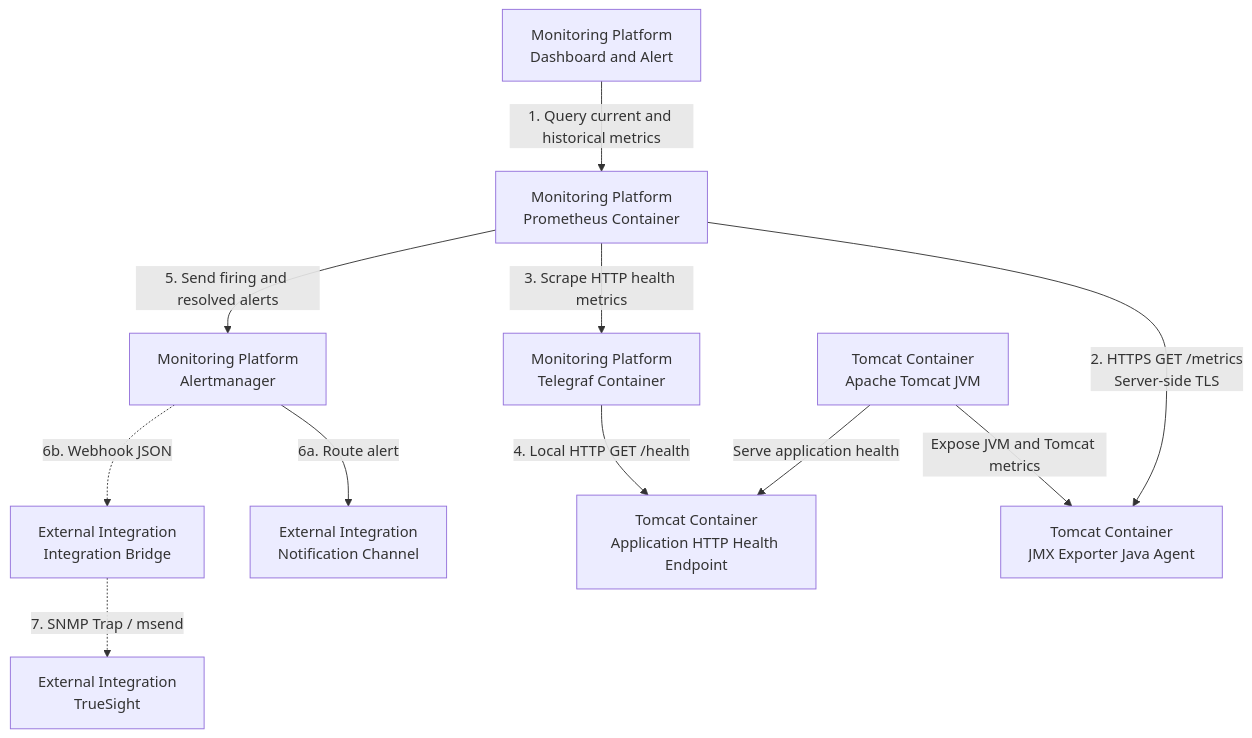
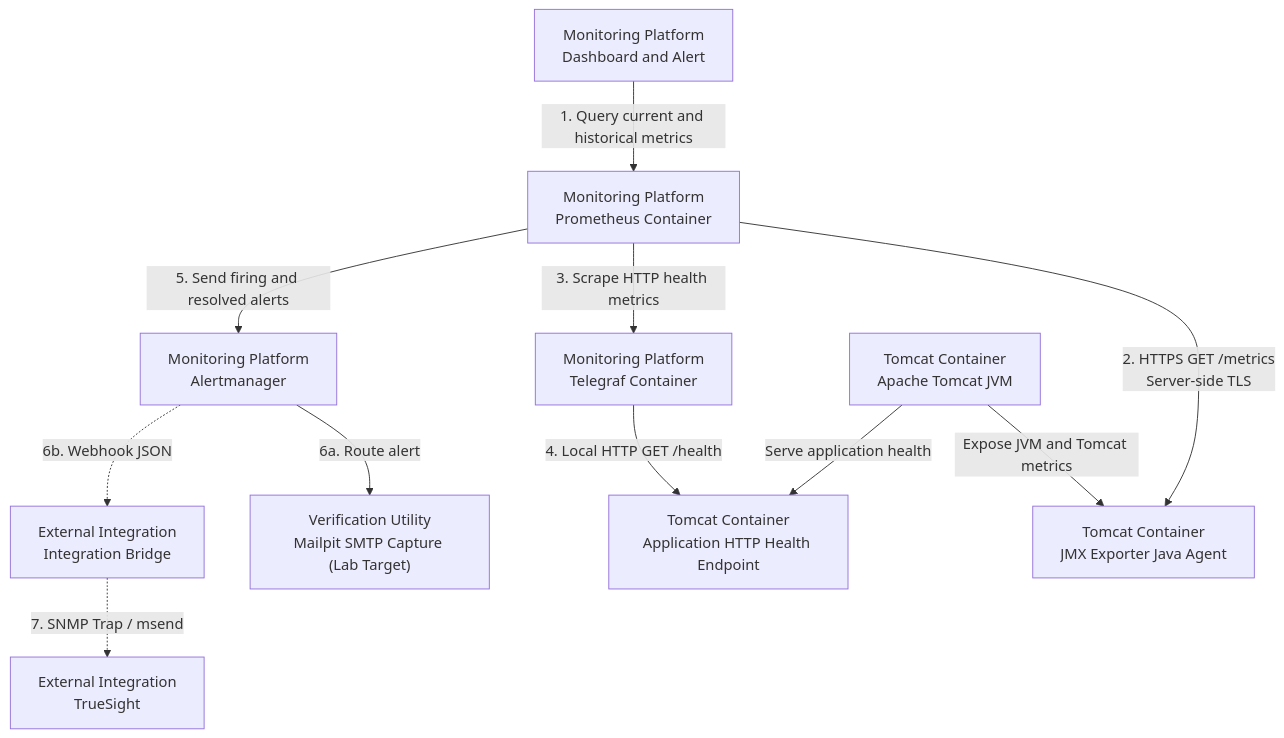
One commit to edkas07-oss/devops-handbook changed the first of 2 diagrams in docs/projects/tomcat-monitoring/architecture/index.md. Above: the diagram before and after it, drawn with Mermaid. The commit also changed other lines of this file and 10 other files, not shown here.

Commit message:
docs(tomcat-monitoring): record notification verification

````diff
--- a/docs/projects/tomcat-monitoring/architecture/index.md
+++ b/docs/projects/tomcat-monitoring/architecture/index.md
@@ -14,29 +16,29 @@
 ```mermaid
 flowchart TB
     DB["Monitoring Platform<br/>Dashboard and Alert"]
     PM["Monitoring Platform<br/>Prometheus Container"]
     TG["Monitoring Platform<br/>Telegraf Container"]
     AM["Monitoring Platform<br/>Alertmanager"]
 
     TC["Tomcat Container<br/>Apache Tomcat JVM"]
     JM["Tomcat Container<br/>JMX Exporter Java Agent"]
     APP["Tomcat Container<br/>Application HTTP Health Endpoint"]
 
-    NC["External Integration<br/>Notification Channel"]
+    NC["Verification Utility<br/>Mailpit SMTP Capture (Lab Target)"]
     BR["External Integration<br/>Integration Bridge"]
     TS["External Integration<br/>TrueSight"]
 
     DB -->|"1. Query current and historical metrics"| PM
 
     PM -->|"2. HTTPS GET /metrics<br/>Server-side TLS"| JM
     TC -->|"Expose JVM and Tomcat metrics"| JM
 
     PM -->|"3. Scrape HTTP health metrics"| TG
     TG -->|"4. Local HTTP GET /health"| APP
     TC -->|"Serve application health"| APP
 
     PM -->|"5. Send firing and resolved alerts"| AM
     AM -->|"6a. Route alert"| NC
     AM -.->|"6b. Webhook JSON"| BR
     BR -.->|"7. SNMP Trap / msend"| TS
 ```
````
